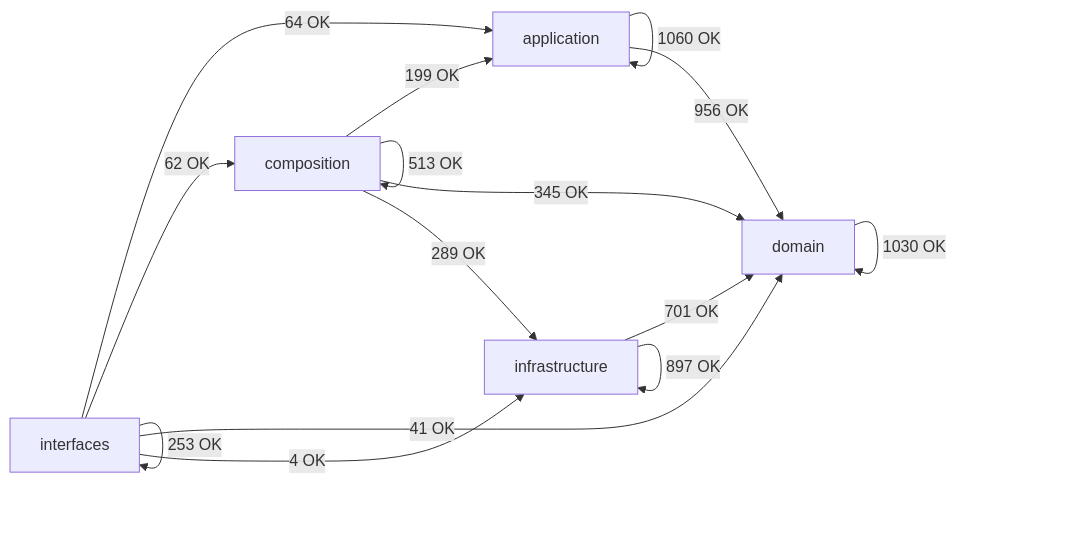
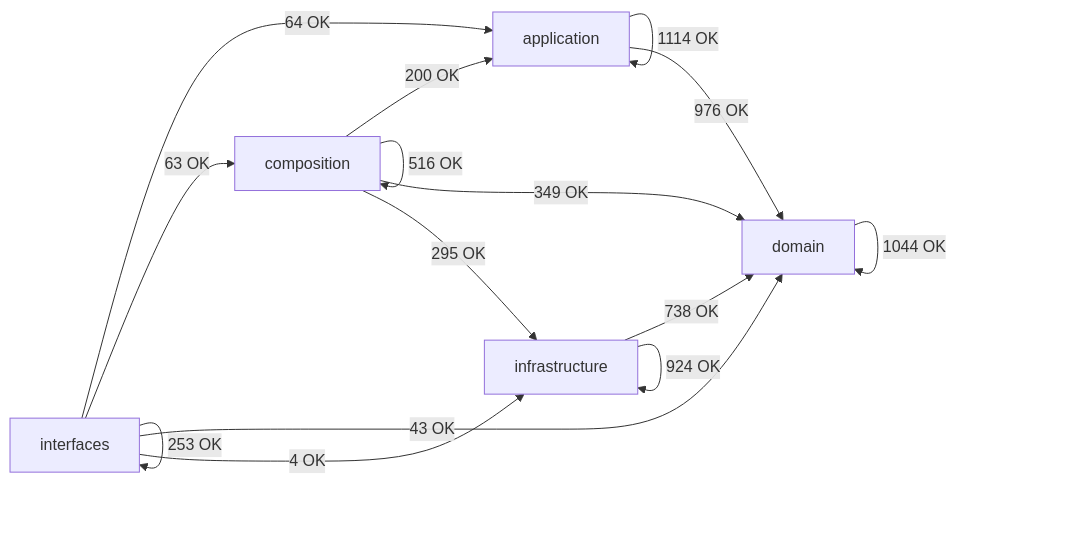
Before and after one commit to SatoryKono/BioactivityDataAcquisition: the diagram in docs/02-architecture/generated/module-dependency-map.md, drawn with Mermaid. The commit also changed other lines of this file and 71 other files, not shown here.

````diff
--- a/docs/02-architecture/generated/module-dependency-map.md
+++ b/docs/02-architecture/generated/module-dependency-map.md
@@ -17,22 +17,22 @@
 ```mermaid
 flowchart LR
     domain[domain]
     application[application]
     infrastructure[infrastructure]
     composition[composition]
     interfaces[interfaces]
-    application -->|1060 OK| application
-    application -->|956 OK| domain
-    composition -->|199 OK| application
-    composition -->|513 OK| composition
-    composition -->|345 OK| domain
-    composition -->|289 OK| infrastructure
-    domain -->|1030 OK| domain
-    infrastructure -->|701 OK| domain
-    infrastructure -->|897 OK| infrastructure
+    application -->|1114 OK| application
+    application -->|976 OK| domain
+    composition -->|200 OK| application
+    composition -->|516 OK| composition
+    composition -->|349 OK| domain
+    composition -->|295 OK| infrastructure
+    domain -->|1044 OK| domain
+    infrastructure -->|738 OK| domain
+    infrastructure -->|924 OK| infrastructure
     interfaces -->|64 OK| application
-    interfaces -->|62 OK| composition
-    interfaces -->|41 OK| domain
+    interfaces -->|63 OK| composition
+    interfaces -->|43 OK| domain
     interfaces -->|4 OK| infrastructure
     interfaces -->|253 OK| interfaces
 ```
````
